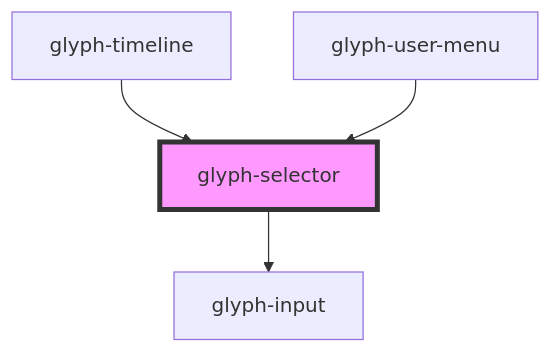
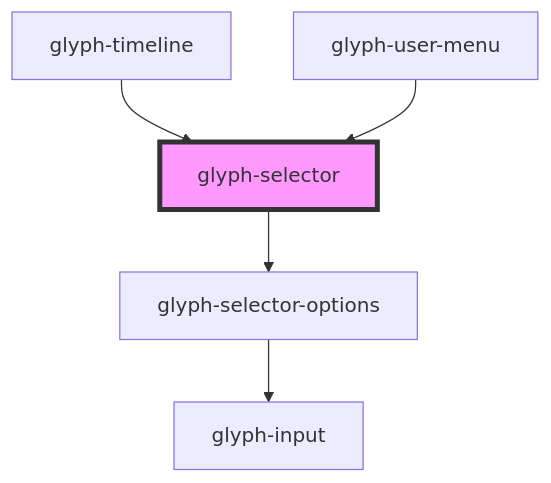
One commit to adrianiy/synth-ui changed the diagram in packages/glyph-components/src/components/selector/readme.md. Above: the diagram before and after it, drawn with Mermaid. The commit also changed other lines of this file and 6 other files, not shown here.

Commit message:
style: refactor selector options

````diff
--- a/packages/glyph-components/src/components/selector/readme.md
+++ b/packages/glyph-components/src/components/selector/readme.md
@@ -39,7 +39,8 @@
 ```mermaid
 graph TD;
-  glyph-selector --> glyph-input
+  glyph-selector --> glyph-selector-options
+  glyph-selector-options --> glyph-input
   glyph-timeline --> glyph-selector
   glyph-user-menu --> glyph-selector
   style glyph-selector fill:#f9f,stroke:#333,stroke-width:4px
 ```
````
